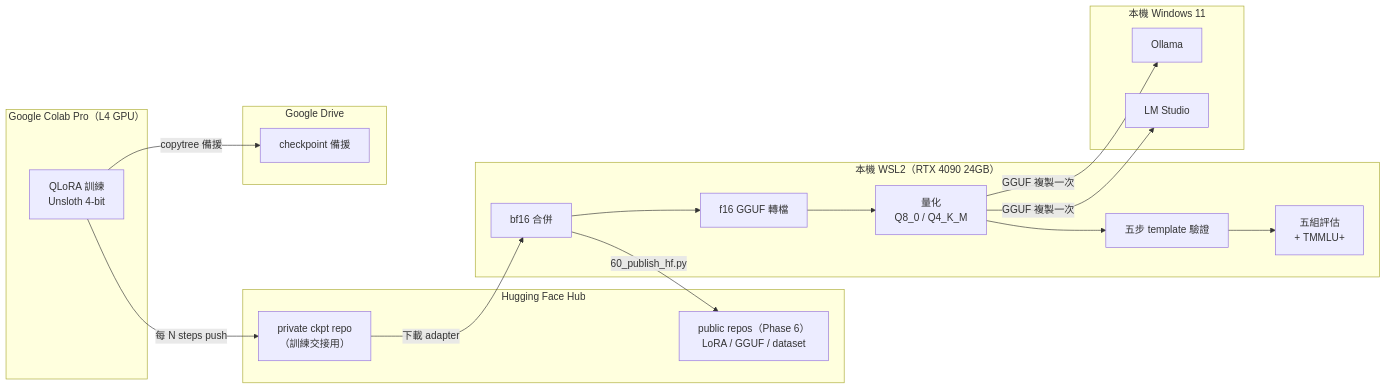
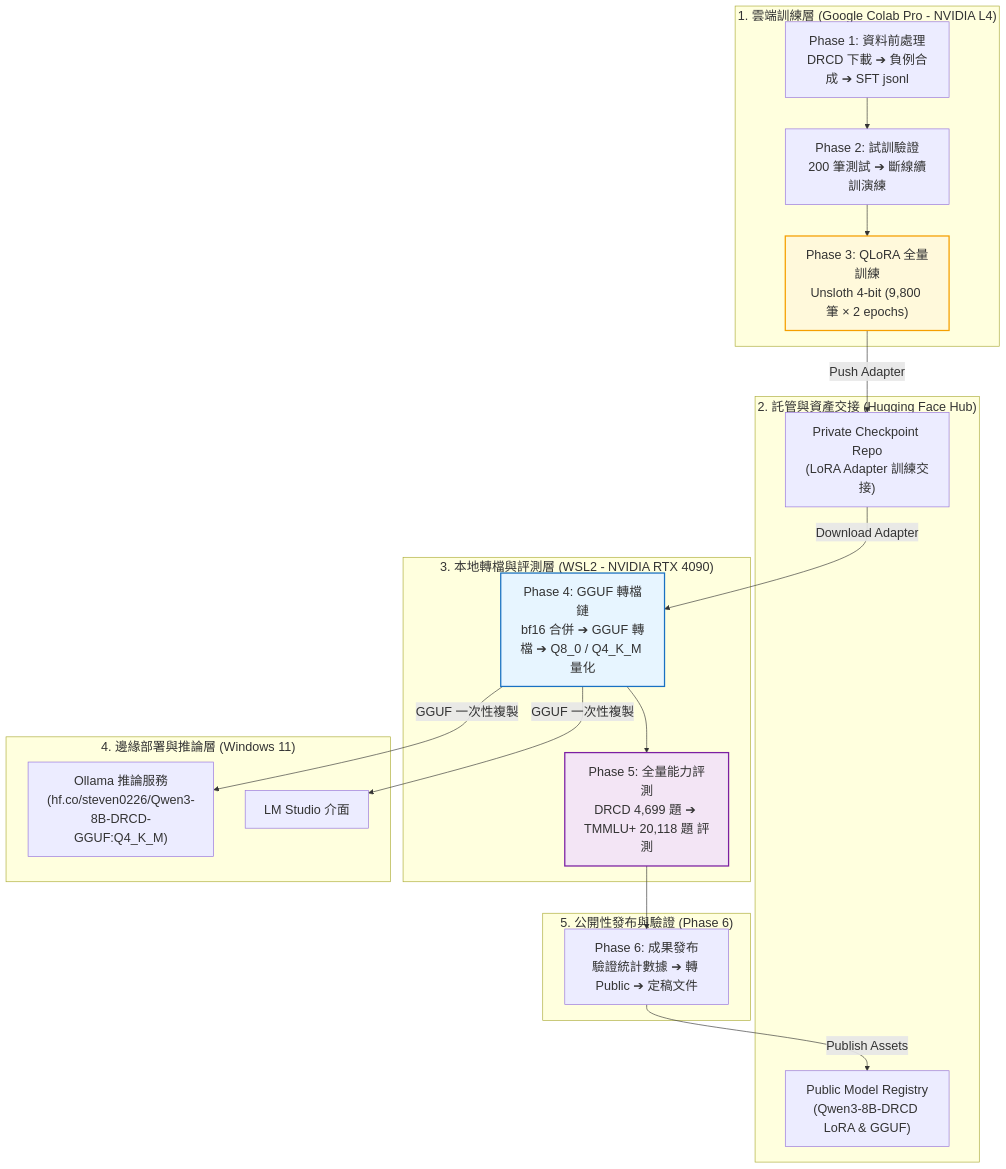
Before and after one commit to kuotunyu/local-llm-lifecycle: the diagram in README.md, drawn with Mermaid. The commit also changed other lines of this file and 2 other files, not shown here.

Commit message:
docs: overhaul README with 20px end-to-end LLM lifecycle Mermaid diagram, single-language headings, and untrack PLAN.md

````diff
--- a/README.md
+++ b/README.md
@@ -91,26 +34,40 @@
 ```mermaid
-flowchart LR
-    subgraph COLAB["Google Colab Pro（L4 GPU）"]
-        T["QLoRA 訓練<br>Unsloth 4-bit"]
+%%{init: {'themeVariables': {'fontSize': '20px'}}}%%
+flowchart TD
+    subgraph Cloud ["1. 雲端訓練層 (Google Colab Pro - NVIDIA L4)"]
+        P1["Phase 1: 資料前處理<br/>DRCD 下載 ➔ 負例合成 ➔ SFT jsonl"]
+        P2["Phase 2: 試訓驗證<br/>200 筆測試 ➔ 斷線續訓演練"]
+        P3["Phase 3: QLoRA 全量訓練<br/>Unsloth 4-bit (9,800 筆 × 2 epochs)"]
+        P1 --> P2 --> P3
     end
-    subgraph HUB["Hugging Face Hub"]
-        CKPT["private ckpt repo<br>（訓練交接用）"]
-        PUB["public repos（Phase 6）<br>LoRA / GGUF / dataset"]
+
+    subgraph Hub ["2. 託管與資產交接 (Hugging Face Hub)"]
+        CKPT["Private Checkpoint Repo<br/>(LoRA Adapter 訓練交接)"]
+        PUB["Public Model Registry<br/>(Qwen3-8B-DRCD LoRA & GGUF)"]
+        P3 -->|"Push Adapter"| CKPT
     end
-    subgraph DRIVE["Google Drive"]
-        BK["checkpoint 備援"]
+
+    subgraph LocalWSL ["3. 本地轉檔與評測層 (WSL2 - NVIDIA RTX 4090)"]
+        P4["Phase 4: GGUF 轉檔鏈<br/>bf16 合併 ➔ GGUF 轉檔 ➔ Q8_0 / Q4_K_M 量化"]
+        P5["Phase 5: 全量能力評測<br/>DRCD 4,699 題 ➔ TMMLU+ 20,118 題 評測"]
+        CKPT -->|"Download Adapter"| P4
+        P4 --> P5
     end
-    subgraph WSL["本機 WSL2（RTX 4090 24GB）"]
-        M["bf16 合併"] --> CV["f16 GGUF 轉檔"] --> Q["量化<br>Q8_0 / Q4_K_M"] --> V["五步 template 驗證"] --> E["五組評估<br>+ TMMLU+"]
+
+    subgraph LocalWin ["4. 邊緣部署與推論層 (Windows 11)"]
+        Ollama["Ollama 推論服務<br/>(hf.co/steven0226/Qwen3-8B-DRCD-GGUF:Q4_K_M)"]
+        LMS["LM Studio 介面"]
+        P4 -->|"GGUF 一次性複製"| Ollama
+        P4 -->|"GGUF 一次性複製"| LMS
     end
-    subgraph WIN["本機 Windows 11"]
-        O["Ollama"]
-        L["LM Studio"]
+
+    subgraph Release ["5. 公開性發布與驗證 (Phase 6)"]
+        P6["Phase 6: 成果發布<br/>驗證統計數據 ➔ 轉 Public ➔ 定稿文件"]
+        P5 --> P6
+        P6 -->|"Publish Assets"| PUB
     end
-    T -->|"每 N steps push"| CKPT
-    T -->|"copytree 備援"| BK
-    CKPT -->|"下載 adapter"| M
-    Q -->|"GGUF 複製一次"| O
-    Q -->|"GGUF 複製一次"| L
-    M -->|"60_publish_hf.py"| PUB
+
+    style P3 fill:#fff9db,stroke:#f59f00,stroke-width:2px
+    style P4 fill:#e7f5ff,stroke:#1971c2,stroke-width:2px
+    style P5 fill:#f3e5f5,stroke:#7b1fa2,stroke-width:2px
 ```
````
